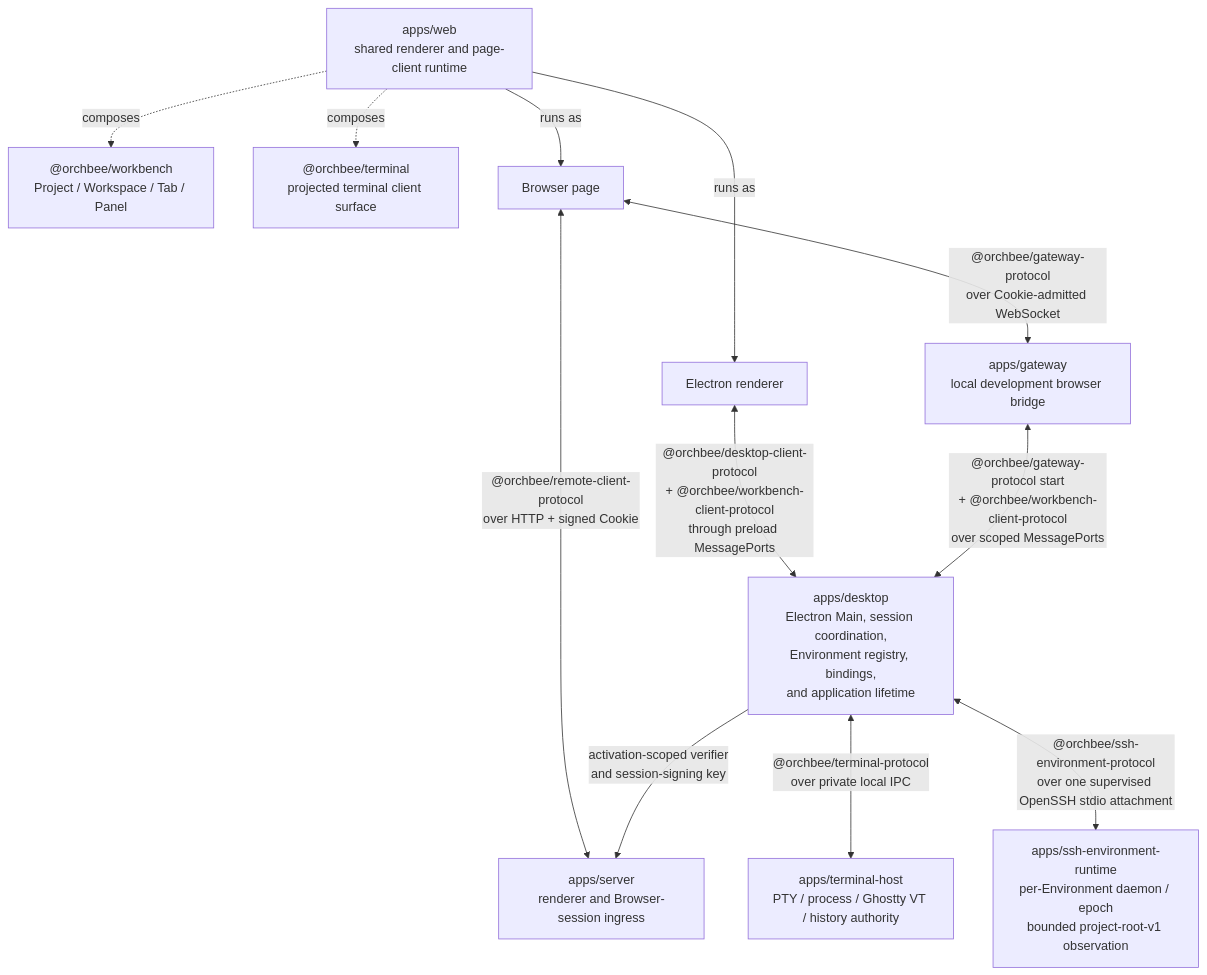
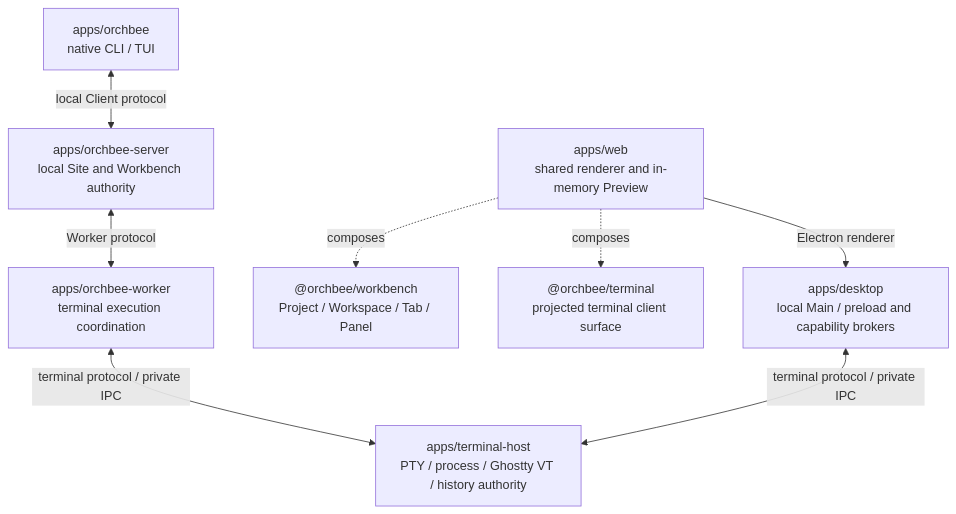
The diagram in docs/ARCHITECTURE.md (i-need-token/orchbee), drawn with Mermaid before and after one commit. The commit also changed 564 other files, not shown here.

Commit message:
refactor: retire legacy CLI browser and SSH workspaces

````diff
--- a/docs/ARCHITECTURE.md
+++ b/docs/ARCHITECTURE.md
@@ -19,19 +19,10 @@
 ```mermaid
 flowchart TB
-	Web["apps/web<br/>shared renderer and page-client runtime"]
-	Workbench["@orchbee/workbench<br/>Project / Workspace / Tab / Panel"]
-	Terminal["@orchbee/terminal<br/>projected terminal client surface"]
-
-	Web -. "composes" .-> Workbench
-	Web -. "composes" .-> Terminal
-	Web -->|"runs as"| Electron["Electron renderer"]
-	Web -->|"runs as"| Browser["Browser page"]
-
-	Electron <-->|"@orchbee/desktop-client-protocol<br/>+ @orchbee/workbench-client-protocol<br/>through preload MessagePorts"| Desktop["apps/desktop<br/>Electron Main, session coordination,<br/>Environment registry, bindings,<br/>and application lifetime"]
-	Browser <-->|"@orchbee/remote-client-protocol<br/>over HTTP + signed Cookie"| Server["apps/server<br/>renderer and Browser-session ingress"]
-	Browser <-->|"@orchbee/gateway-protocol<br/>over Cookie-admitted WebSocket"| Gateway["apps/gateway<br/>local development browser bridge"]
-	Desktop -->|"activation-scoped verifier<br/>and session-signing key"| Server
-	Gateway <-->|"@orchbee/gateway-protocol start<br/>+ @orchbee/workbench-client-protocol<br/>over scoped MessagePorts"| Desktop
-	Desktop <-->|"@orchbee/terminal-protocol<br/>over private local IPC"| Host["apps/terminal-host<br/>PTY / process / Ghostty VT / history authority"]
-	Desktop <-->|"@orchbee/ssh-environment-protocol<br/>over one supervised OpenSSH stdio attachment"| SshRuntime["apps/ssh-environment-runtime<br/>per-Environment daemon / epoch<br/>bounded project-root-v1 observation"]
+ Native["apps/orchbee<br/>native CLI / TUI"] <-->|"local Client protocol"| Server["apps/orchbee-server<br/>local Site and Workbench authority"]
+ Server <-->|"Worker protocol"| Worker["apps/orchbee-worker<br/>terminal execution coordination"]
+ Worker <-->|"terminal protocol / private IPC"| Host["apps/terminal-host<br/>PTY / process / Ghostty VT / history authority"]
+ Web["apps/web<br/>shared renderer and in-memory Preview"] -. "composes" .-> Workbench["@orchbee/workbench<br/>Project / Workspace / Tab / Panel"]
+ Web -. "composes" .-> Terminal["@orchbee/terminal<br/>projected terminal client surface"]
+ Web -->|"Electron renderer"| Desktop["apps/desktop<br/>local Main / preload and capability brokers"]
+ Desktop <-->|"terminal protocol / private IPC"| Host
 ```
````
